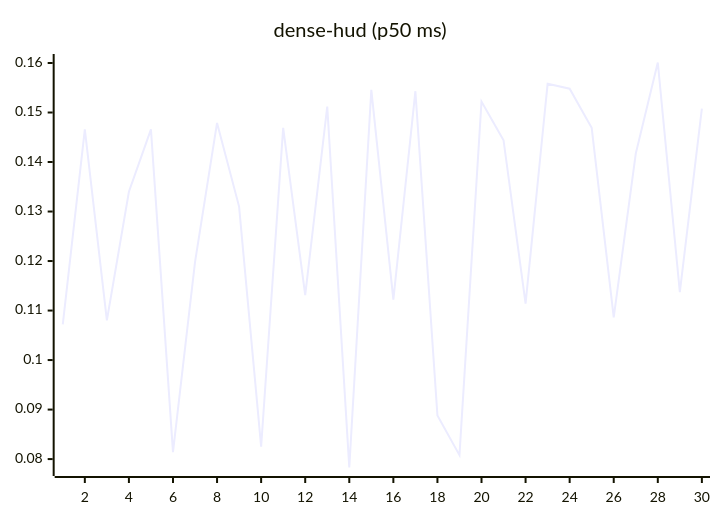
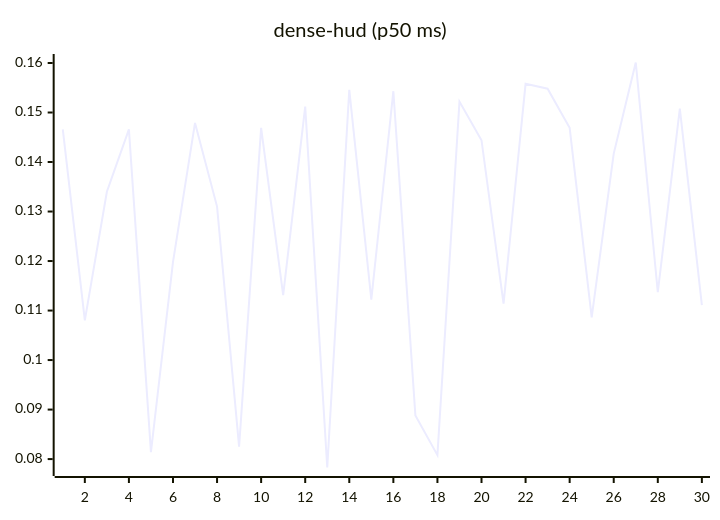
Before and after one commit to josha/Facet: the eighth of 27 diagrams in README.md, drawn with Mermaid. The commit also changed other lines of this file and 2 other files, not shown here.

````diff
--- a/README.md
+++ b/README.md
@@ -112,6 +112,6 @@
 ```mermaid
 xychart-beta
     title "dense-hud (p50 ms)"
     x-axis 1 --> 30
-    line [0.1072, 0.1466, 0.1080, 0.1340, 0.1466, 0.0814, 0.1198, 0.1479, 0.1310, 0.0825, 0.1469, 0.1131, 0.1512, 0.0783, 0.1546, 0.1122, 0.1543, 0.0888, 0.0808, 0.1522, 0.1444, 0.1114, 0.1558, 0.1548, 0.1469, 0.1086, 0.1417, 0.1601, 0.1137, 0.1508]
+    line [0.1466, 0.1080, 0.1340, 0.1466, 0.0814, 0.1198, 0.1479, 0.1310, 0.0825, 0.1469, 0.1131, 0.1512, 0.0783, 0.1546, 0.1122, 0.1543, 0.0888, 0.0808, 0.1522, 0.1444, 0.1114, 0.1558, 0.1548, 0.1469, 0.1086, 0.1417, 0.1601, 0.1137, 0.1508, 0.1111]
 ```
````
